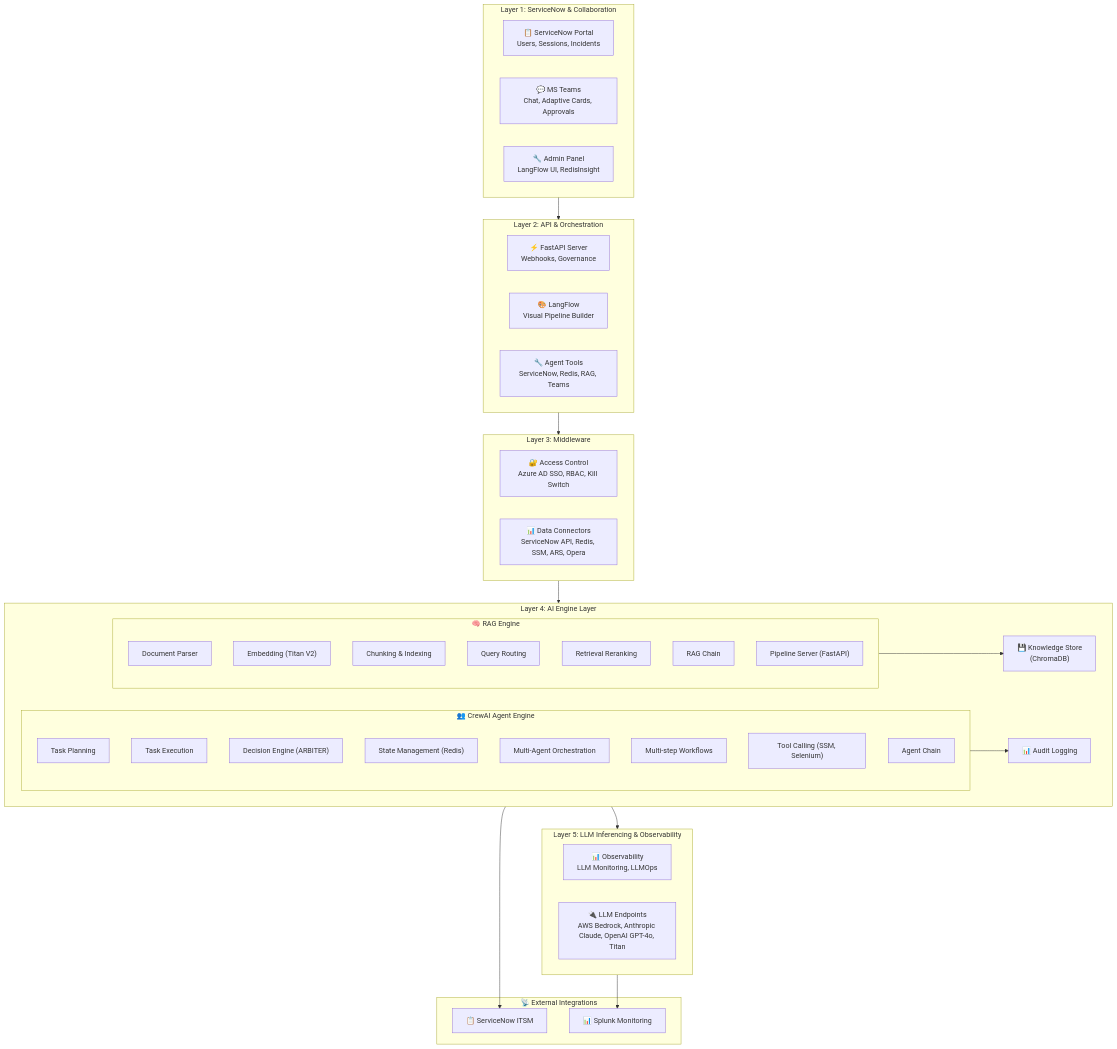
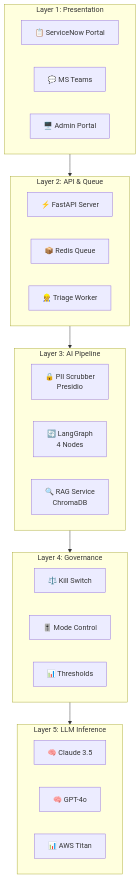
Before and after one commit to maniltns/AEGIS: the second of 3 diagrams in docs/TAD.md, drawn with Mermaid. The commit also changed other lines of this file and 15 other files, not shown here.

````diff
--- a/docs/TAD.md
+++ b/docs/TAD.md
@@ -86,67 +82,37 @@
 ```mermaid
 graph TB
-    subgraph L1["Layer 1: ServiceNow & Collaboration"]
-        direction LR
-        L1_SNOW["📋 ServiceNow Portal<br/>Users, Sessions, Incidents"]
-        L1_TEAMS["💬 MS Teams<br/>Chat, Adaptive Cards, Approvals"]
-        L1_ADMIN["🔧 Admin Panel<br/>LangFlow UI, RedisInsight"]
+    subgraph L1["Layer 1: Presentation"]
+        L1_SNOW["📋 ServiceNow Portal"]
+        L1_TEAMS["💬 MS Teams"]
+        L1_ADMIN["🖥️ Admin Portal"]
     end
 
-    subgraph L2["Layer 2: API & Orchestration"]
-        direction LR
-        L2_API["⚡ FastAPI Server<br/>Webhooks, Governance"]
-        L2_LF["🎨 LangFlow<br/>Visual Pipeline Builder"]
-        L2_TOOLS["🔧 Agent Tools<br/>ServiceNow, Redis, RAG, Teams"]
+    subgraph L2["Layer 2: API & Queue"]
+        L2_API["⚡ FastAPI Server"]
+        L2_QUEUE["📦 Redis Queue"]
+        L2_WORKER["👷 Triage Worker"]
     end
 
-    subgraph L3["Layer 3: Middleware"]
-        direction LR
-        L3_ACCESS["🔐 Access Control<br/>Azure AD SSO, RBAC, Kill Switch"]
-        L3_DATA["📊 Data Connectors<br/>ServiceNow API, Redis, SSM, ARS, Opera"]
+    subgraph L3["Layer 3: AI Pipeline"]
+        L3_PII["🔒 PII Scrubber<br/>Presidio"]
+        L3_GRAPH["🔄 LangGraph<br/>4 Nodes"]
+        L3_RAG["🔍 RAG Service<br/>ChromaDB"]
     end
 
-    subgraph L4["Layer 4: AI Engine Layer"]
-        direction LR
-        subgraph L4_RAG["🧠 RAG Engine"]
-            RAG1["Document Parser"]
-            RAG2["Embedding (Titan V2)"]
-            RAG3["Chunking & Indexing"]
-            RAG4["Query Routing"]
-            RAG5["Retrieval Reranking"]
-            RAG6["RAG Chain"]
-            RAG7["Pipeline Server (FastAPI)"]
-        end
-        L4_KB["💾 Knowledge Store<br/>(ChromaDB)"]
-        L4_AUDIT["📊 Audit Logging"]
-        subgraph L4_AGENT["👥 CrewAI Agent Engine"]
-            AGT1["Task Planning"]
-            AGT2["Task Execution"]
-            AGT3["Decision Engine (ARBITER)"]
-            AGT4["State Management (Redis)"]
-            AGT5["Multi-Agent Orchestration"]
-            AGT6["Multi-step Workflows"]
-            AGT7["Tool Calling (SSM, Selenium)"]
-            AGT8["Agent Chain"]
-        end
+    subgraph L4["Layer 4: Governance"]
+        L4_KILL["⚖️ Kill Switch"]
+        L4_MODE["🎚️ Mode Control"]
+        L4_THRESH["📊 Thresholds"]
     end
 
-    subgraph L5["Layer 5: LLM Inferencing & Observability"]
-        direction LR
-        L5_OBS["📊 Observability<br/>LLM Monitoring, LLMOps"]
-        L5_LLM["🔌 LLM Endpoints<br/>AWS Bedrock, Anthropic Claude, OpenAI GPT-4o, Titan"]
-    end
-
-    subgraph EXT["📡 External Integrations"]
-        SERVICENOW["📋 ServiceNow ITSM"]
-        SPLUNK["📊 Splunk Monitoring"]
+    subgraph L5["Layer 5: LLM Inference"]
+        L5_CLAUDE["🧠 Claude 3.5"]
+        L5_GPT["🧠 GPT-4o"]
+        L5_TITAN["📊 AWS Titan"]
     end
 
     L1 --> L2
     L2 --> L3
     L3 --> L4
     L4 --> L5
-    L4_RAG --> L4_KB
-    L4_AGENT --> L4_AUDIT
-    L4_AUDIT --> SERVICENOW
-    L5_OBS --> SPLUNK
 ```
````
